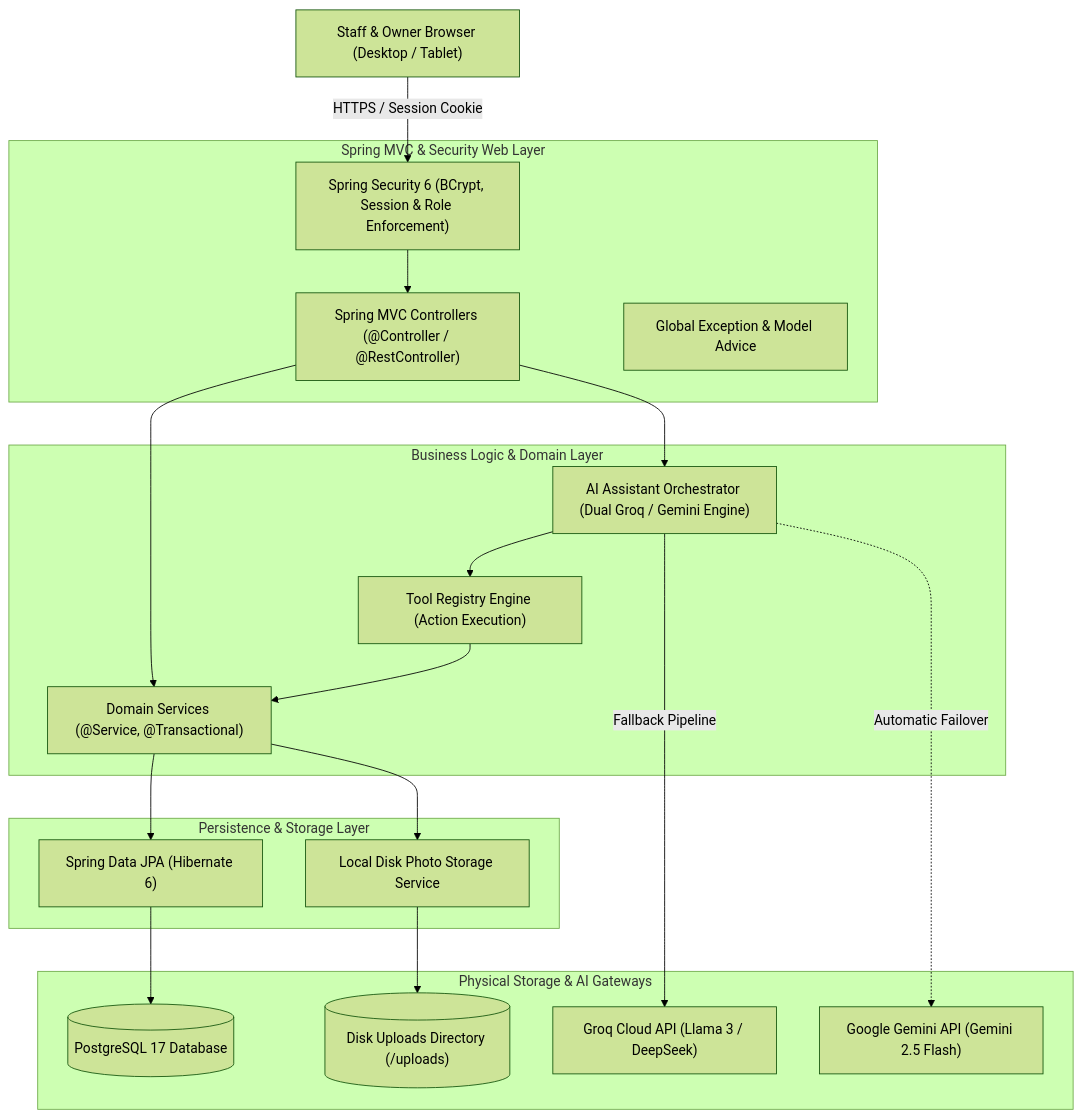
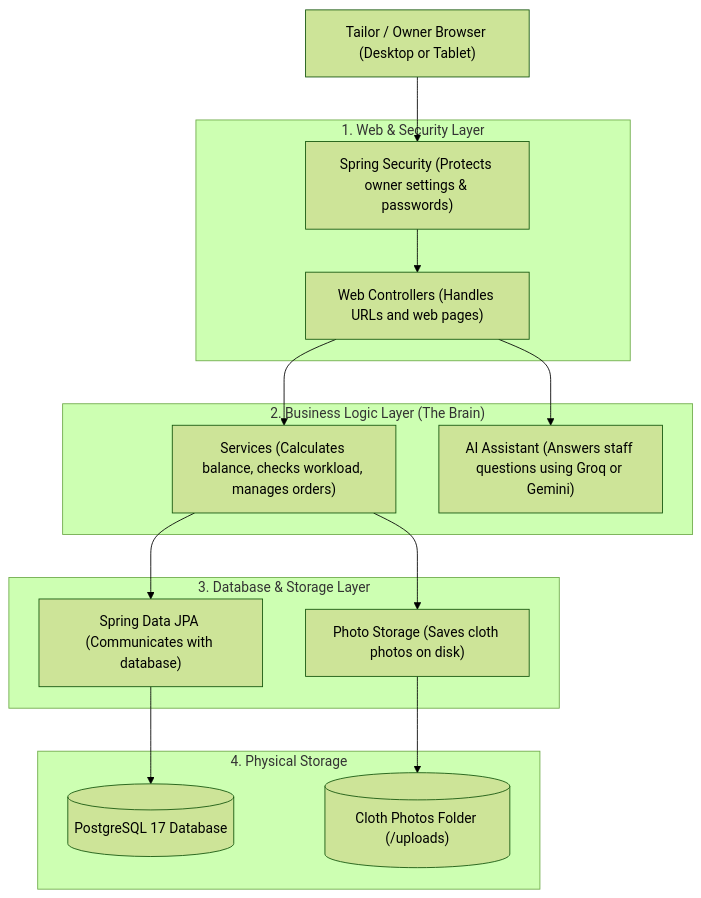
One commit to shubham-tankariya-01/geetanjali changed the first of 4 diagrams in docs/02-SYSTEM_ARCHITECTURE_FLOWS_AND_ERD.md. Above: the diagram before and after it, drawn with Mermaid (forest theme). The commit also changed other lines of this file and 7 other files, not shown here.

First line of the commit message:
docs: simplify documentation language and remove future roadmap

````diff
--- a/docs/02-SYSTEM_ARCHITECTURE_FLOWS_AND_ERD.md
+++ b/docs/02-SYSTEM_ARCHITECTURE_FLOWS_AND_ERD.md
@@ -13,41 +12,33 @@
 ```mermaid
 graph TD
-    Client["Staff & Owner Browser (Desktop / Tablet)"]
+    Client["Tailor / Owner Browser (Desktop or Tablet)"]
     
-    subgraph WebLayer ["Spring MVC & Security Web Layer"]
-        Security["Spring Security 6 (BCrypt, Session & Role Enforcement)"]
-        Controllers["Spring MVC Controllers (@Controller / @RestController)"]
-        GlobalAdvice["Global Exception & Model Advice"]
+    subgraph WebLayer ["1. Web & Security Layer"]
+        Security["Spring Security (Protects owner settings & passwords)"]
+        Controllers["Web Controllers (Handles URLs and web pages)"]
     end
     
-    subgraph BusinessLayer ["Business Logic & Domain Layer"]
-        Services["Domain Services (@Service, @Transactional)"]
-        AIOrchestrator["AI Assistant Orchestrator (Dual Groq / Gemini Engine)"]
-        ToolEngine["Tool Registry Engine (Action Execution)"]
+    subgraph ServiceLayer ["2. Business Logic Layer (The Brain)"]
+        Services["Services (Calculates balance, checks workload, manages orders)"]
+        AIOrchestrator["AI Assistant (Answers staff questions using Groq or Gemini)"]
     end
     
-    subgraph PersistenceLayer ["Persistence & Storage Layer"]
-        SpringData["Spring Data JPA (Hibernate 6)"]
-        FileStore["Local Disk Photo Storage Service"]
+    subgraph DataLayer ["3. Database & Storage Layer"]
+        SpringData["Spring Data JPA (Communicates with database)"]
+        PhotoStore["Photo Storage (Saves cloth photos on disk)"]
     end
     
-    subgraph ExternalStorage ["Physical Storage & AI Gateways"]
+    subgraph Storage ["4. Physical Storage"]
         Postgres[("PostgreSQL 17 Database")]
-        DiskStorage[("Disk Uploads Directory (/uploads)")]
-        GroqAPI["Groq Cloud API (Llama 3 / DeepSeek)"]
-        GeminiAPI["Google Gemini API (Gemini 2.5 Flash)"]
+        DiskUploads[("Cloth Photos Folder (/uploads)")]
     end
     
-    Client -->|HTTPS / Session Cookie| Security
+    Client --> Security
     Security --> Controllers
     Controllers --> Services
     Controllers --> AIOrchestrator
-    AIOrchestrator --> ToolEngine
-    ToolEngine --> Services
     Services --> SpringData
-    Services --> FileStore
+    Services --> PhotoStore
     SpringData --> Postgres
-    FileStore --> DiskStorage
-    AIOrchestrator -->|Fallback Pipeline| GroqAPI
-    AIOrchestrator -.->|Automatic Failover| GeminiAPI
+    PhotoStore --> DiskUploads
 ```
````
